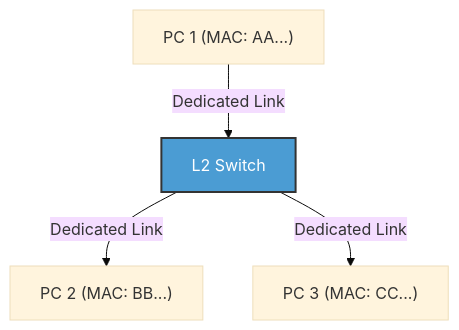
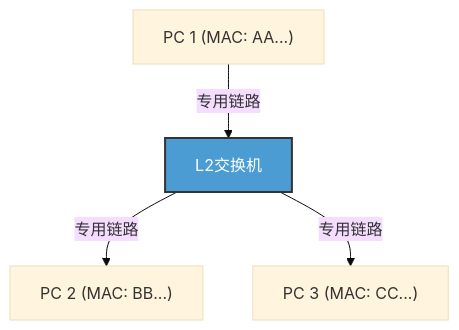
The sixth of 18 diagrams in content/post/how-the-internet-works-comprehensive-guide/index.zh-cn.md (kenjinote/blog), drawn with Mermaid (base theme) before and after one commit. The commit also changed other lines of this file, not shown here.

````diff
--- a/content/post/how-the-internet-works-comprehensive-guide/index.zh-cn.md
+++ b/content/post/how-the-internet-works-comprehensive-guide/index.zh-cn.md
@@ -245,8 +293,8 @@
 ```mermaid
 graph TD
-    A["PC 1 (MAC: AA...)"] -- "Dedicated Link" --> SW["L2 Switch"]
-    SW -- "Dedicated Link" --> B["PC 2 (MAC: BB...)"]
-    SW -- "Dedicated Link" --> C["PC 3 (MAC: CC...)"]
+    A["PC 1 (MAC: AA...)"] -- "专用链路" --> SW["L2交换机"]
+    SW -- "专用链路" --> B["PC 2 (MAC: BB...)"]
+    SW -- "专用链路" --> C["PC 3 (MAC: CC...)"]
     
     style SW fill:#4b9cd3,stroke:#333,stroke-width:2px,color:#fff
 ```
````
